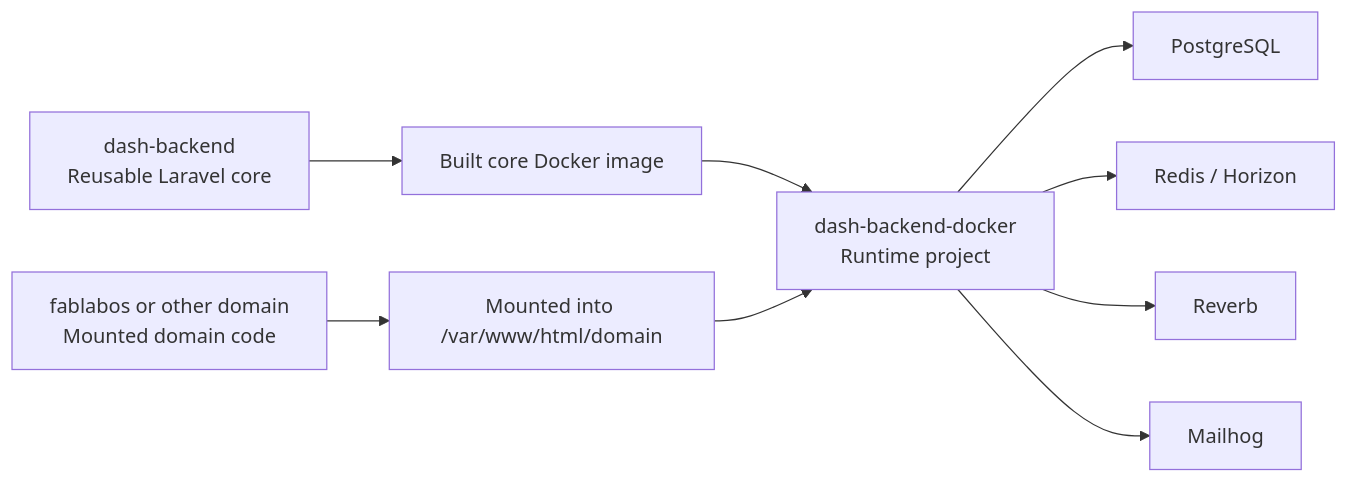
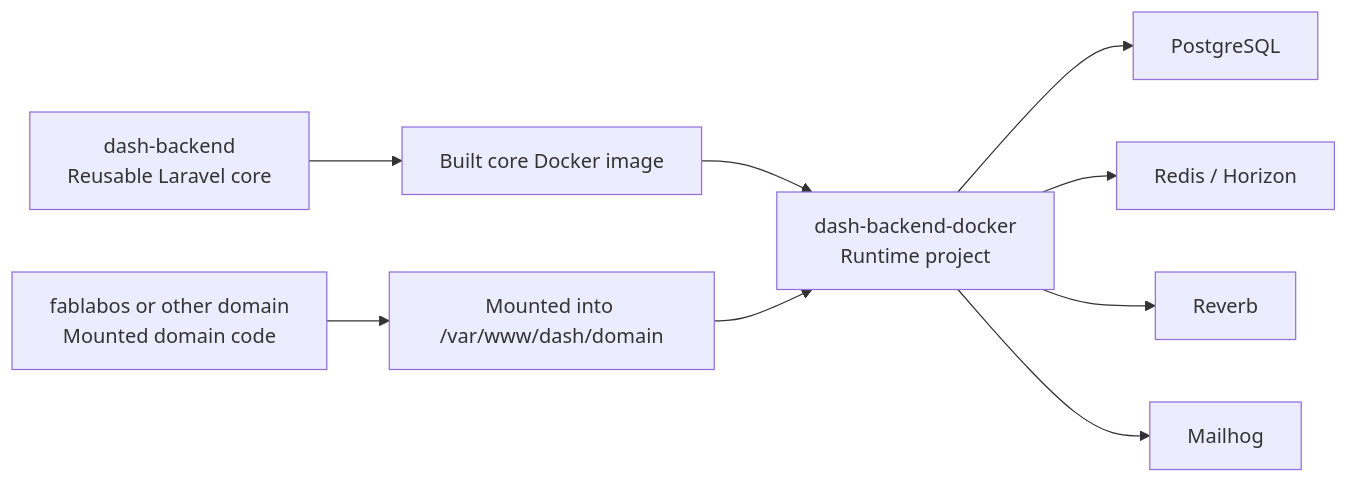
One commit to farandal/dash-backend-docker changed the diagram in docs/solution-architecture.md. Above: the diagram before and after it, drawn with Mermaid. The commit also changed other lines of this file and 16 other files, not shown here.

````diff
--- a/docs/solution-architecture.md
+++ b/docs/solution-architecture.md
@@ -9,11 +9,11 @@
 ```mermaid
 flowchart LR
 	A[dash-backend<br/>Reusable Laravel core] --> B[Built core Docker image]
-	C[fablabos or other domain<br/>Mounted domain code] --> D[Mounted into /var/www/html/domain]
+	C[fablabos or other domain<br/>Mounted domain code] --> D[Mounted into /var/www/dash/domain]
 	B --> E[dash-backend-docker<br/>Runtime project]
 	D --> E
 	E --> F[PostgreSQL]
 	E --> G[Redis / Horizon]
 	E --> H[Reverb]
 	E --> I[Mailhog]
 ```
````
